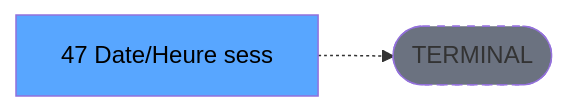
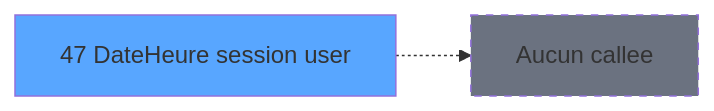
Before and after one commit to thonyAGP/magic-migration: the third of 3 diagrams in .openspec/specs/ADH-IDE-47.md, drawn with Mermaid. The commit also changed other lines of this file and 311 other files, not shown here.

````diff
--- a/.openspec/specs/ADH-IDE-47.md
+++ b/.openspec/specs/ADH-IDE-47.md
@@ -138,8 +148,8 @@
 ```mermaid
 graph LR
-    T[47 Date/Heure sess]
-    TERM([TERMINAL])
-    T -.-> TERM
-    style TERM fill:#6b7280,stroke-dasharray: 5 5
-    style T fill:#58a6ff,color:#000
+    T47[47 DateHeure session user]
+    style T47 fill:#58a6ff
+    NONE[Aucun callee]
+    T47 -.-> NONE
+    style NONE fill:#6b7280,stroke-dasharray: 5 5
 ```
````
